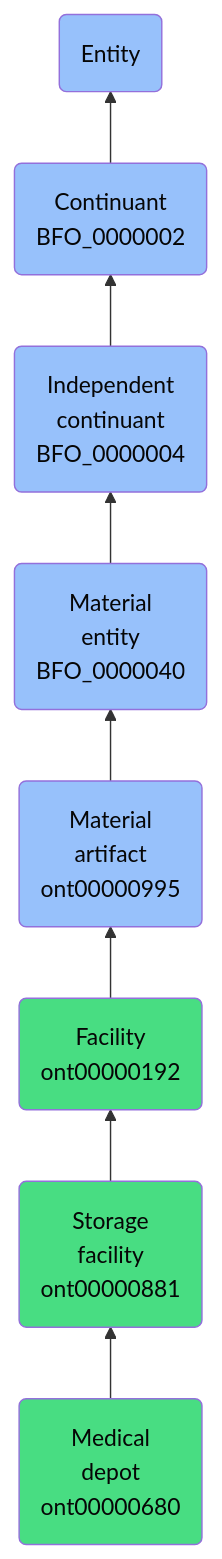
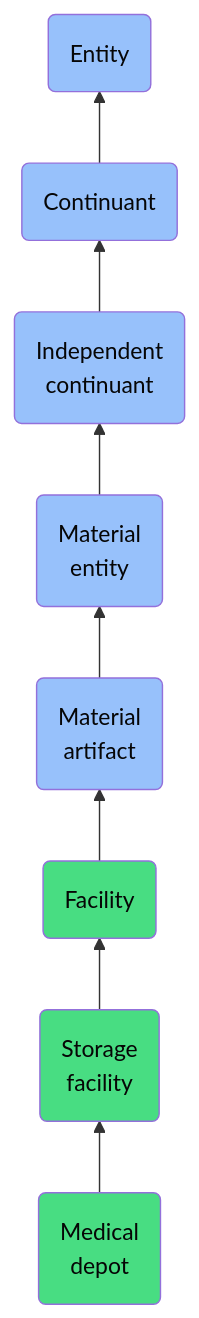
The diagram in docs/ontology/reference/model/Entity/Continuant/Independent continuant/Material entity/Material artifact/Facility/Storage facility/Medical depot/Medical depot.md (jupyter-naas/abi), drawn with Mermaid before and after one commit. The commit also changed other lines of this file and 1430 other files, not shown here.

````diff
--- a/docs/ontology/reference/model/Entity/Continuant/Independent continuant/Material entity/Material artifact/Facility/Storage facility/Medical depot/Medical depot.md
+++ b/docs/ontology/reference/model/Entity/Continuant/Independent continuant/Material entity/Material artifact/Facility/Storage facility/Medical depot/Medical depot.md
@@ -24,15 +24,15 @@
 ```mermaid
 graph BT
-    ont00000680(Medical<br>depot<br>ont00000680):::ABI-->ont00000881
-    ont00000881(Storage<br>facility<br>ont00000881):::ABI-->ont00000192
-    ont00000192(Facility<br>ont00000192):::ABI-->ont00000995
-    ont00000995(Material<br>artifact<br>ont00000995):::BFO-->BFO_0000040
-    BFO_0000040(Material<br>entity<br>BFO_0000040):::BFO-->BFO_0000004
-    BFO_0000004(Independent<br>continuant<br>BFO_0000004):::BFO-->BFO_0000002
-    BFO_0000002(Continuant<br>BFO_0000002):::BFO-->BFO_0000001
+    ont00000680(Medical<br>depot):::ABI-->ont00000881
+    ont00000881(Storage<br>facility):::ABI-->ont00000192
+    ont00000192(Facility):::ABI-->ont00000995
+    ont00000995(Material<br>artifact):::BFO-->BFO_0000040
+    BFO_0000040(Material<br>entity):::BFO-->BFO_0000004
+    BFO_0000004(Independent<br>continuant):::BFO-->BFO_0000002
+    BFO_0000002(Continuant):::BFO-->BFO_0000001
     BFO_0000001(Entity):::BFO
     
     classDef BFO fill:#97c1fb,color:#060606
     classDef CCO fill:#e4c51e,color:#060606
     classDef ABI fill:#48DD82,color:#060606
 ```
````
